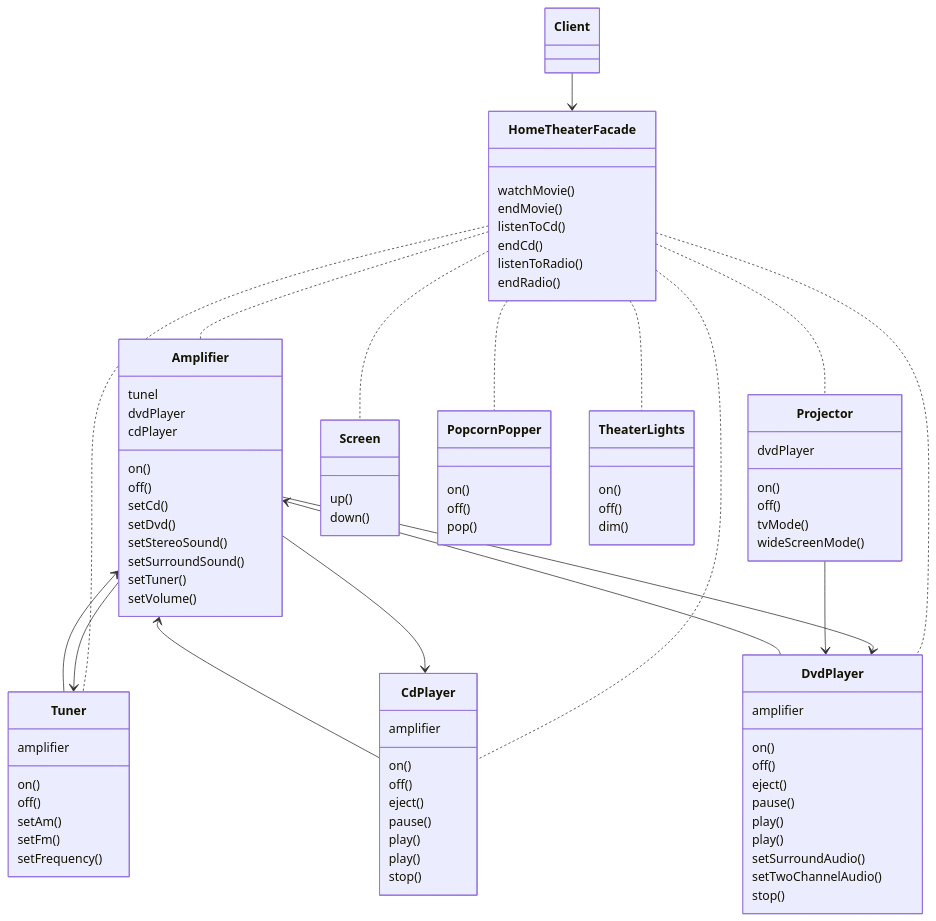
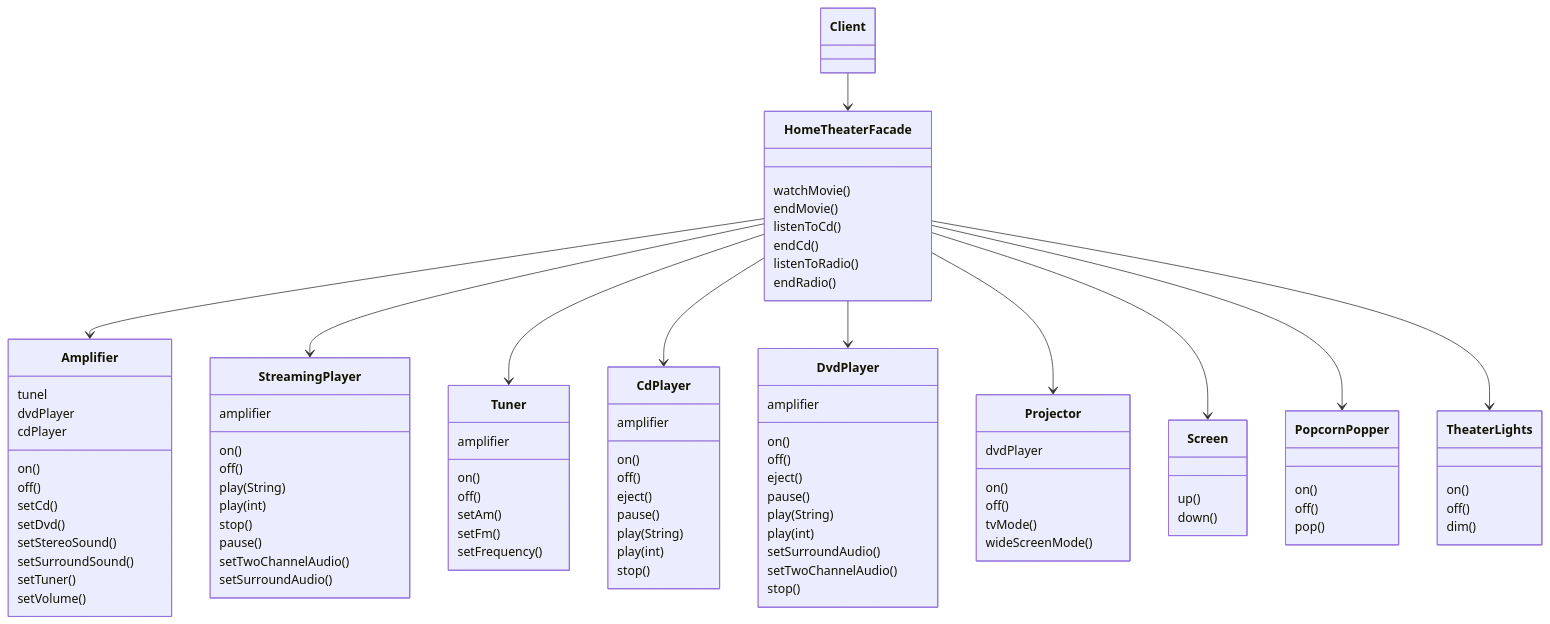
One commit to choesimin/choesimin.github.io changed the third of 3 diagrams in _drafts/facade-pattern.md. Above: the diagram before and after it, drawn with Mermaid. The commit also changed other lines of this file, not shown here.

````diff
--- a/_drafts/facade-pattern.md
+++ b/_drafts/facade-pattern.md
@@ -113,8 +196,8 @@
     off()
     eject()
     pause()
-    play()
-    play()
+    play(String)
+    play(int)
     stop()
 }
 
@@ -124,8 +207,8 @@
     off()
     eject()
     pause()
-    play()
-    play()
+    play(String)
+    play(int)
     setSurroundAudio()
     setTwoChannelAudio()
     stop()
@@ -137,6 +220,18 @@
     off()
     tvMode()
     wideScreenMode()
+}
+
+class StreamingPlayer {
+    amplifier
+    on()
+    off()
+    play(String)
+    play(int)
+    stop()
+    pause()
+    setTwoChannelAudio()
+    setSurroundAudio()
 }
 
 class Screen {
@@ -157,21 +252,13 @@
 }
 
 Client --> HomeTheaterFacade
-
-HomeTheaterFacade .. Amplifier
-HomeTheaterFacade .. Tuner
-HomeTheaterFacade .. CdPlayer
-HomeTheaterFacade .. DvdPlayer
-HomeTheaterFacade .. Projector
-HomeTheaterFacade .. Screen
-HomeTheaterFacade .. PopcornPopper
-HomeTheaterFacade .. TheaterLights
-
-Amplifier --> Tuner
-Amplifier --> DvdPlayer
-Amplifier --> CdPlayer
-Tuner --> Amplifier
-CdPlayer --> Amplifier
-DvdPlayer --> Amplifier
-Projector --> DvdPlayer
+HomeTheaterFacade --> Amplifier
+HomeTheaterFacade --> StreamingPlayer
+HomeTheaterFacade --> Tuner
+HomeTheaterFacade --> CdPlayer
+HomeTheaterFacade --> DvdPlayer
+HomeTheaterFacade --> Projector
+HomeTheaterFacade --> Screen
+HomeTheaterFacade --> PopcornPopper
+HomeTheaterFacade --> TheaterLights
 ```
````
